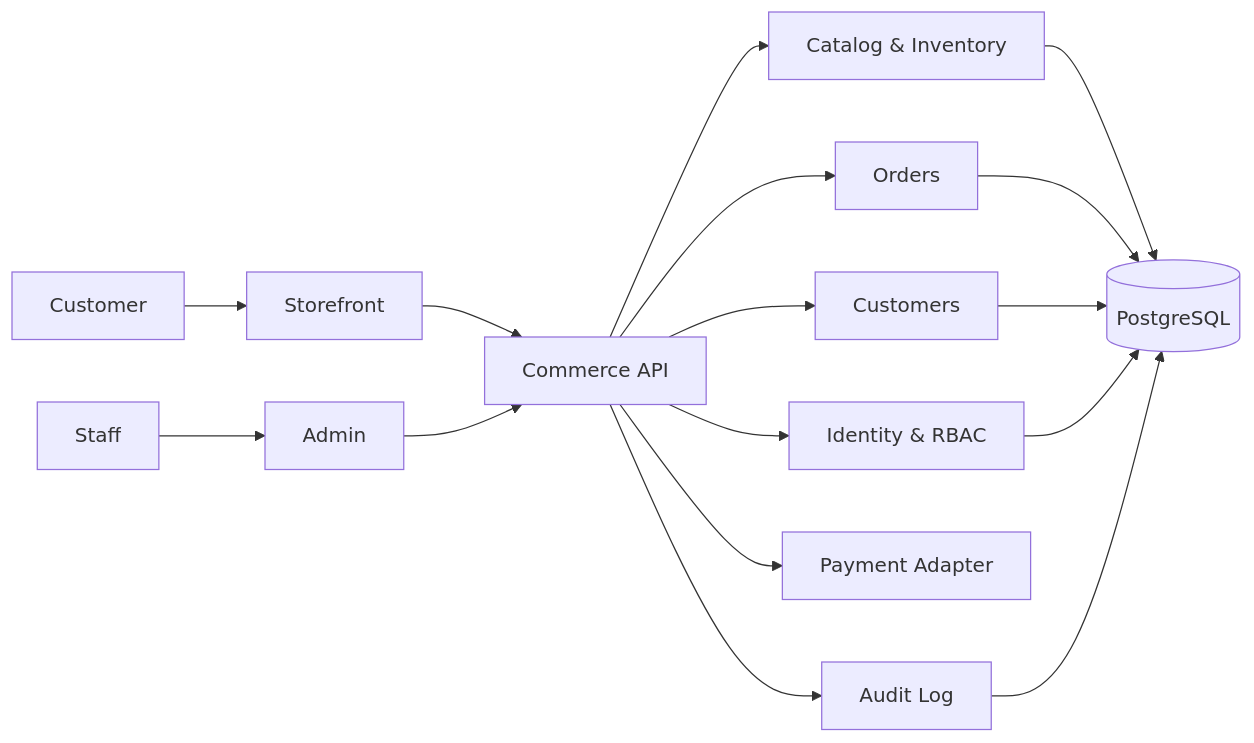
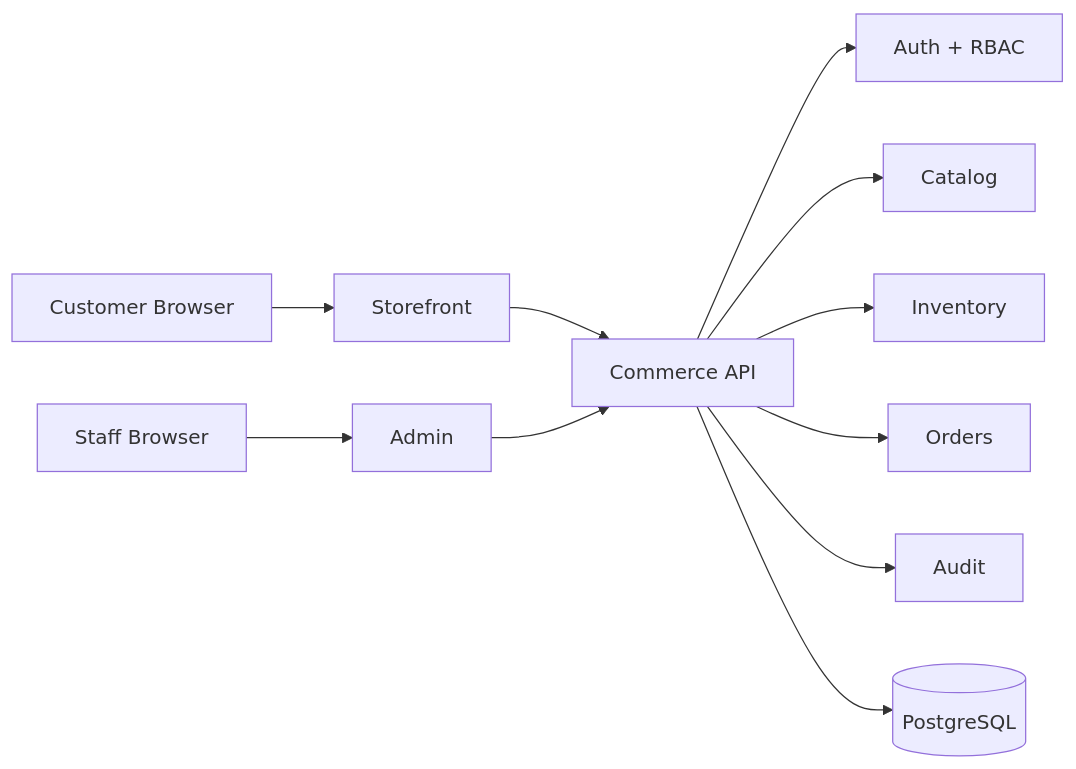
One commit to SamirNexus/Market changed the diagram in docs/ARCHITECTURE.md. Above: the diagram before and after it, drawn with Mermaid. The commit also changed other lines of this file, not shown here.

````diff
--- a/docs/ARCHITECTURE.md
+++ b/docs/ARCHITECTURE.md
@@ -33,21 +15,15 @@
 ```mermaid
 flowchart LR
-  Customer --> Storefront
-  Staff --> Admin
+  Customer[Customer Browser] --> Storefront[Storefront]
+  Staff[Staff Browser] --> Admin[Admin]
 
   Storefront --> API[Commerce API]
   Admin --> API
 
-  API --> Auth[Identity & RBAC]
-  API --> Catalog[Catalog & Inventory]
+  API --> Auth[Auth + RBAC]
+  API --> Catalog[Catalog]
+  API --> Inventory[Inventory]
   API --> Orders[Orders]
-  API --> Customers[Customers]
-  API --> Payments[Payment Adapter]
-  API --> Audit[Audit Log]
-
-  Catalog --> DB[(PostgreSQL)]
-  Orders --> DB
-  Customers --> DB
-  Auth --> DB
-  Audit --> DB
+  API --> Audit[Audit]
+  API --> DB[(PostgreSQL)]
 ```
````
